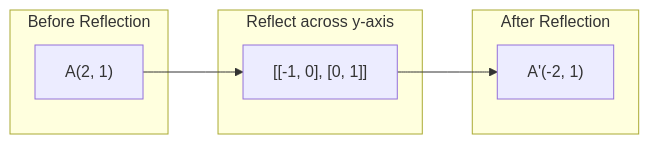
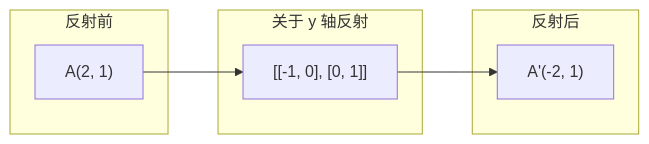
The fifth of 7 diagrams in phases/01-math-foundations/03-matrix-transformations/docs/zh.md (alessandrodinisio-ai/ai-engineering-learning-framework), drawn with Mermaid before and after one commit. The commit also changed other lines of this file and 120 other files, not shown here.

First line of the commit message:
i18n(mermaid): 337 个 mermaid 图表标签中文化

````diff
--- a/phases/01-math-foundations/03-matrix-transformations/docs/zh.md
+++ b/phases/01-math-foundations/03-matrix-transformations/docs/zh.md
@@ -133,13 +133,13 @@
 ```mermaid
 graph LR
-    subgraph Before["Before Reflection"]
+    subgraph Before["反射前"]
         A["A(2, 1)"]
     end
-    subgraph Reflect["Reflect across y-axis"]
+    subgraph Reflect["关于 y 轴反射"]
         R["[[-1, 0], [0, 1]]"]
     end
-    subgraph After["After Reflection"]
+    subgraph After["反射后"]
         Ap["A'(-2, 1)"]
     end
     A --> R --> Ap
 ```
````
